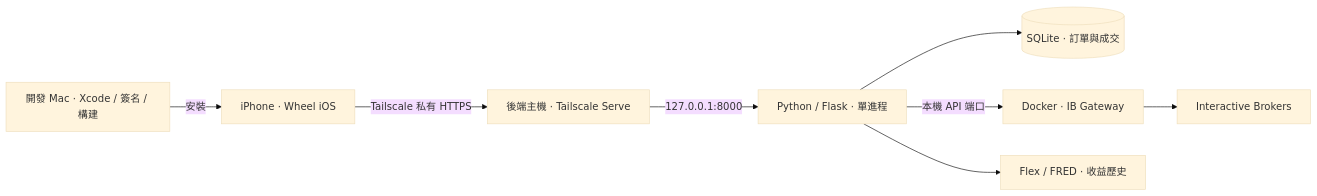
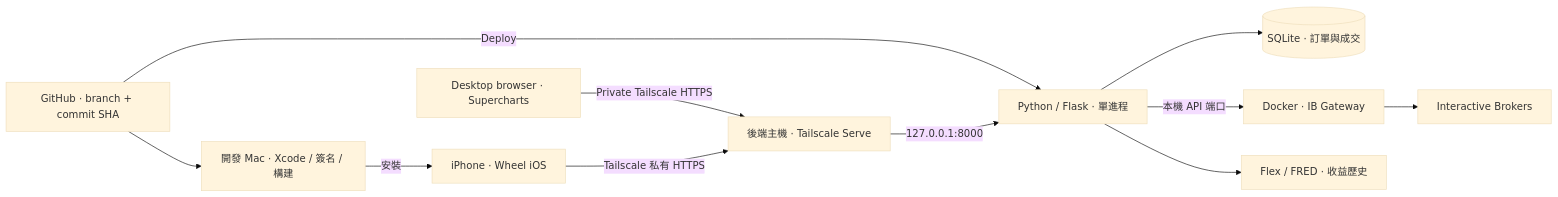
Before and after one commit to WahBun/AllYouNeedIsWheel: the diagram in README.zh-TW.md, drawn with Mermaid (base theme). The commit also changed other lines of this file and 8 other files, not shown here.

````diff
--- a/README.zh-TW.md
+++ b/README.zh-TW.md
@@ -116,10 +129,13 @@
 ```mermaid
 flowchart LR
+    GitHub[GitHub · branch + commit SHA] --> Dev
+    GitHub -->|Deploy| API
+    Web[Desktop browser · Supercharts] -->|Private Tailscale HTTPS| Serve
     Dev[開發 Mac · Xcode / 簽名 / 構建] -->|安裝| Phone[iPhone · Wheel iOS]
     Phone -->|Tailscale 私有 HTTPS| Serve[後端主機 · Tailscale Serve]
     Serve -->|127.0.0.1:8000| API[Python / Flask · 單進程]
     API --> DB[(SQLite · 訂單與成交)]
     API -->|本機 API 端口| Gateway[Docker · IB Gateway]
     Gateway --> IB[Interactive Brokers]
     API --> History[Flex / FRED · 收益歷史]
 ```
````
